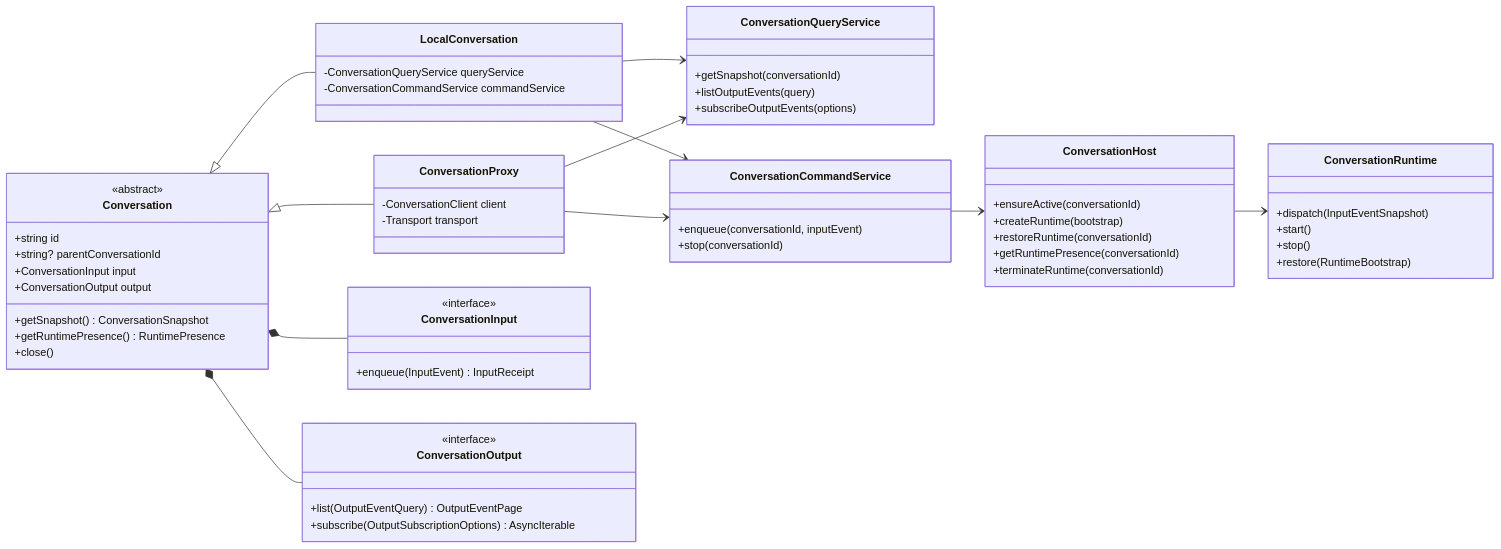
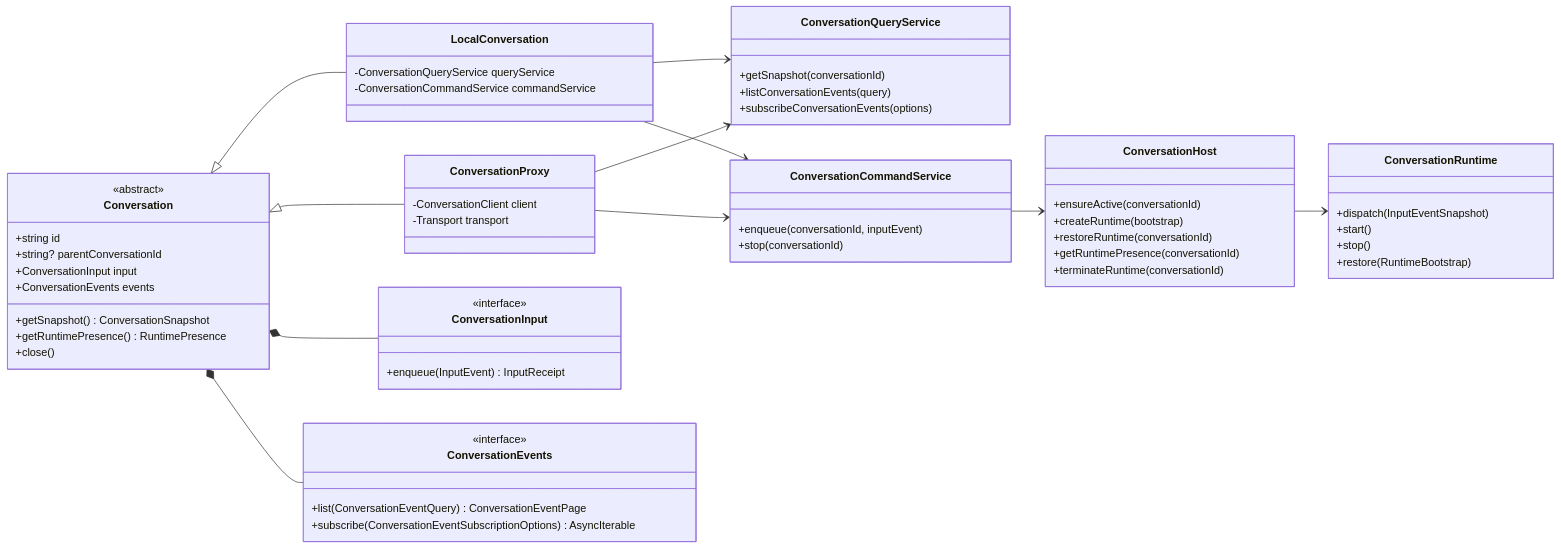
Before and after one commit to fanghuarunbalala/nova-writing: the fourth of 26 diagrams in docs/architecture.md, drawn with Mermaid. The commit also changed other lines of this file and 22 other files, not shown here.

````diff
--- a/docs/architecture.md
+++ b/docs/architecture.md
@@ -157,74 +215,74 @@
 ```mermaid
 classDiagram
     direction LR
 
     class Conversation {
         <<abstract>>
         +string id
         +string? parentConversationId
         +ConversationInput input
-        +ConversationOutput output
+        +ConversationEvents events
         +getSnapshot() ConversationSnapshot
         +getRuntimePresence() RuntimePresence
         +close()
     }
 
     class LocalConversation {
         -ConversationQueryService queryService
         -ConversationCommandService commandService
     }
 
     class ConversationProxy {
         -ConversationClient client
         -Transport transport
     }
 
     class ConversationInput {
         <<interface>>
         +enqueue(InputEvent) InputReceipt
     }
 
-    class ConversationOutput {
+    class ConversationEvents {
         <<interface>>
-        +list(OutputEventQuery) OutputEventPage
-        +subscribe(OutputSubscriptionOptions) AsyncIterable
+        +list(ConversationEventQuery) ConversationEventPage
+        +subscribe(ConversationEventSubscriptionOptions) AsyncIterable
     }
 
     class ConversationQueryService {
         +getSnapshot(conversationId)
-        +listOutputEvents(query)
-        +subscribeOutputEvents(options)
+        +listConversationEvents(query)
+        +subscribeConversationEvents(options)
     }
 
     class ConversationCommandService {
         +enqueue(conversationId, inputEvent)
         +stop(conversationId)
     }
 
     class ConversationHost {
         +ensureActive(conversationId)
         +createRuntime(bootstrap)
         +restoreRuntime(conversationId)
         +getRuntimePresence(conversationId)
         +terminateRuntime(conversationId)
     }
 
     class ConversationRuntime {
         +dispatch(InputEventSnapshot)
         +start()
         +stop()
         +restore(RuntimeBootstrap)
     }
 
     Conversation <|-- LocalConversation
     Conversation <|-- ConversationProxy
     Conversation *-- ConversationInput
-    Conversation *-- ConversationOutput
+    Conversation *-- ConversationEvents
 
     LocalConversation --> ConversationQueryService
     LocalConversation --> ConversationCommandService
     ConversationProxy --> ConversationQueryService
     ConversationProxy --> ConversationCommandService
     ConversationCommandService --> ConversationHost
     ConversationHost --> ConversationRuntime
 ```
````
